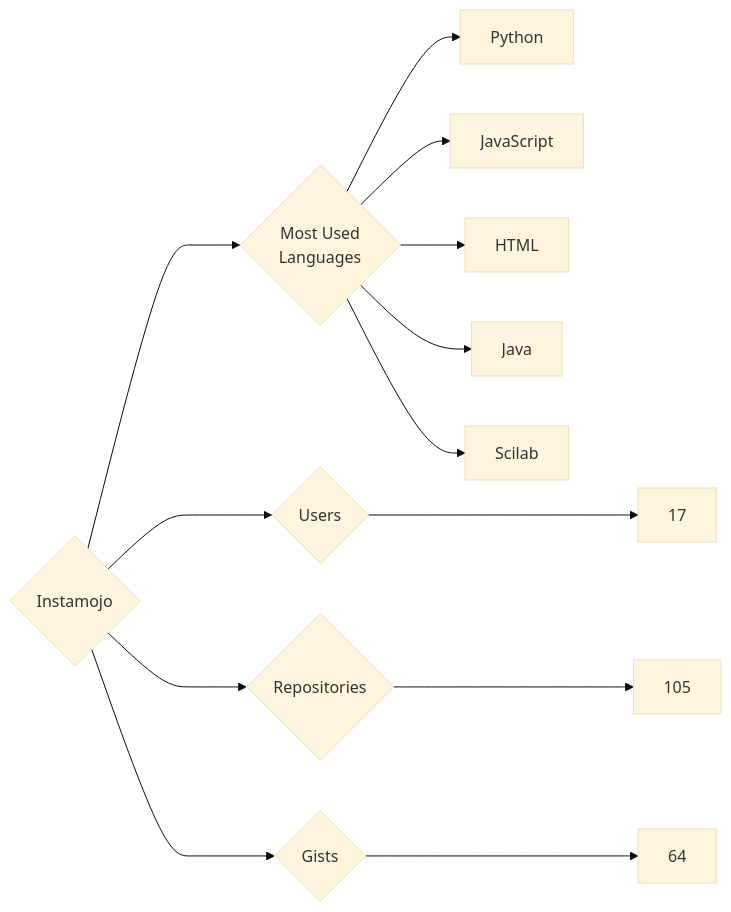
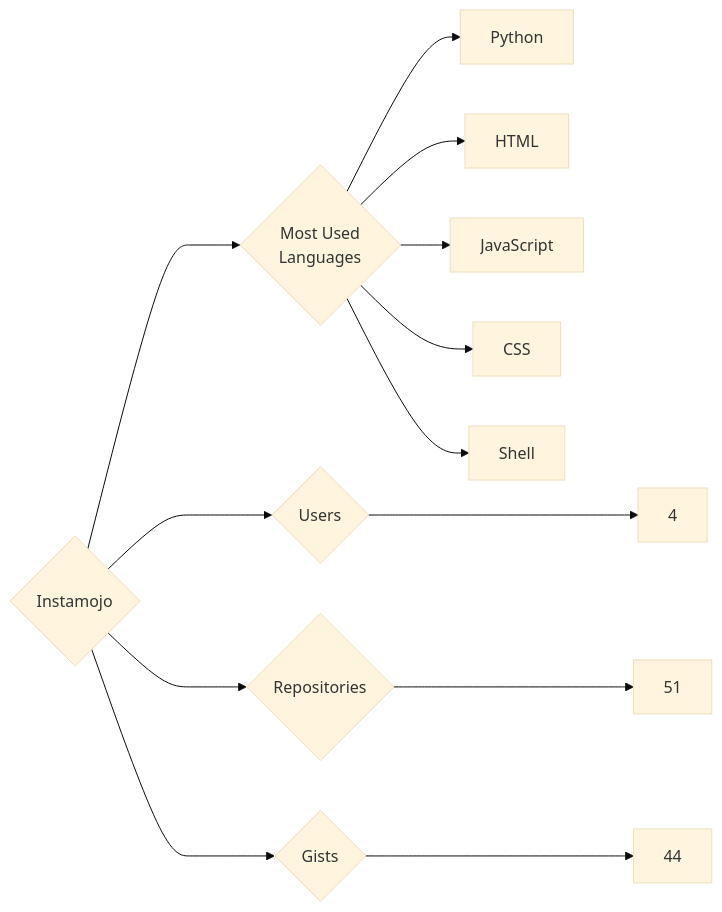
One commit to trickest/insiders changed the diagram in targets/Instamojo/README.md. Above: the diagram before and after it, drawn with Mermaid (base theme). The commit also changed 965 other files, not shown here.

````diff
--- a/targets/Instamojo/README.md
+++ b/targets/Instamojo/README.md
@@ -3,13 +3,13 @@
 ```mermaid
 graph LR
 COMPANY_NAME{Instamojo}
-COMPANY_NAME ---> U{Users} ---> UN[17]
-COMPANY_NAME ---> R{Repositories} ---> RN[105]
-COMPANY_NAME ---> G{Gists} ---> GN[64]
+COMPANY_NAME ---> U{Users} ---> UN[4]
+COMPANY_NAME ---> R{Repositories} ---> RN[51]
+COMPANY_NAME ---> G{Gists} ---> GN[44]
 COMPANY_NAME ---> ML{Most Used<br>Languages}
 ML --> Python[Python]
+ML --> HTML[HTML]
 ML --> JavaScript[JavaScript]
-ML --> HTML[HTML]
-ML --> Java[Java]
-ML --> Scilab[Scilab]
+ML --> CSS[CSS]
+ML --> Shell[Shell]
 ```
````
